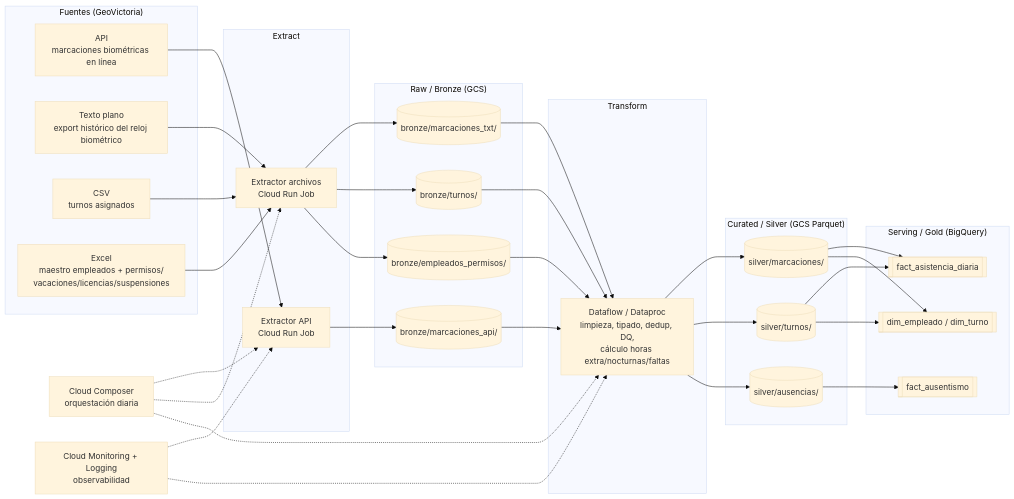
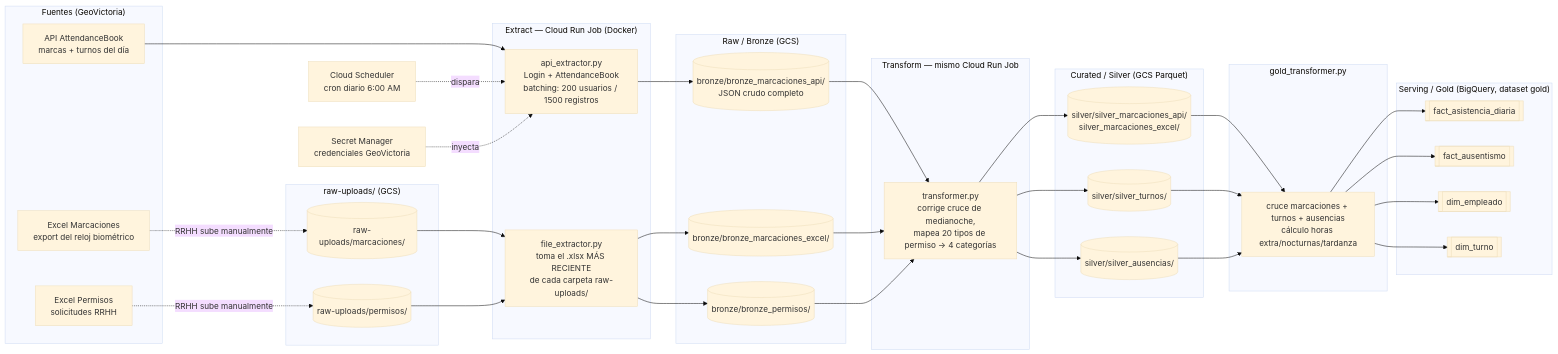
The diagram in architecture/architecture.md (lucerovalladaresechenique/Data-Engineering-Proyecto-Final), drawn with Mermaid (base theme) before and after one commit. The commit also changed other lines of this file and 1 other file, not shown here.

````diff
--- a/architecture/architecture.md
+++ b/architecture/architecture.md
@@ -11,63 +25,68 @@
 ```mermaid
 flowchart LR
     subgraph Sources["Fuentes (GeoVictoria)"]
-        A1[API<br/>marcaciones biométricas en línea]
-        A2[Texto plano<br/>export histórico del reloj biométrico]
-        A3[CSV<br/>turnos asignados]
-        A4[Excel<br/>maestro empleados + permisos/<br/>vacaciones/licencias/suspensiones]
+        A1[API AttendanceBook<br/>marcas + turnos del día]
+        A2[Excel Marcaciones<br/>export del reloj biométrico]
+        A3[Excel Permisos<br/>solicitudes RRHH]
     end
 
-    subgraph Extract["Extract"]
-        B1[Extractor API<br/>Cloud Run Job]
-        B2[Extractor archivos<br/>Cloud Run Job]
+    subgraph RawUploads["raw-uploads/ (GCS)"]
+        U1[(raw-uploads/marcaciones/)]
+        U2[(raw-uploads/permisos/)]
+    end
+
+    subgraph Extract["Extract — Cloud Run Job (Docker)"]
+        B1[api_extractor.py<br/>Login + AttendanceBook<br/>batching: 200 usuarios / 1500 registros]
+        B2[file_extractor.py<br/>toma el .xlsx MÁS RECIENTE<br/>de cada carpeta raw-uploads/]
     end
 
     subgraph Bronze["Raw / Bronze (GCS)"]
-        C1[(bronze/marcaciones_api/)]
-        C2[(bronze/marcaciones_txt/)]
-        C3[(bronze/turnos/)]
-        C4[(bronze/empleados_permisos/)]
+        C1[(bronze/bronze_marcaciones_api/<br/>JSON crudo completo)]
+        C2[(bronze/bronze_marcaciones_excel/)]
+        C3[(bronze/bronze_permisos/)]
     end
 
-    subgraph Transform["Transform"]
-        D1[Dataflow / Dataproc<br/>limpieza, tipado, dedup, DQ,<br/>cálculo horas extra/nocturnas/faltas]
+    subgraph Transform["Transform — mismo Cloud Run Job"]
+        D1[transformer.py<br/>corrige cruce de medianoche,<br/>mapea 20 tipos de permiso → 4 categorías]
     end
 
     subgraph Silver["Curated / Silver (GCS Parquet)"]
-        E1[(silver/marcaciones/)]
-        E2[(silver/turnos/)]
-        E3[(silver/ausencias/)]
+        E1[(silver/silver_marcaciones_api/<br/>silver_marcaciones_excel/)]
+        E2[(silver/silver_turnos/)]
+        E3[(silver/silver_ausencias/)]
     end
 
-    subgraph Gold["Serving / Gold (BigQuery)"]
+    subgraph GoldT["gold_transformer.py"]
+        G0[cruce marcaciones + turnos + ausencias<br/>cálculo horas extra/nocturnas/tardanza]
+    end
+
+    subgraph Gold["Serving / Gold (BigQuery, dataset gold)"]
         F1[[fact_asistencia_diaria]]
         F2[[fact_ausentismo]]
-        F3[[dim_empleado / dim_turno]]
+        F3[[dim_empleado]]
+        F4[[dim_turno]]
     end
 
     A1 --> B1 --> C1
-    A2 --> B2 --> C2
-    A3 --> B2 --> C3
-    A4 --> B2 --> C4
+    A2 -.RRHH sube manualmente.-> U1 --> B2 --> C2
+    A3 -.RRHH sube manualmente.-> U2 --> B2 --> C3
 
     C1 --> D1
     C2 --> D1
     C3 --> D1
-    C4 --> D1
 
     D1 --> E1
     D1 --> E2
     D1 --> E3
 
-    E1 --> F1
-    E2 --> F1
-    E3 --> F2
-    E1 --> F3
-    E2 --> F3
+    E1 --> G0
+    E2 --> G0
+    E3 --> G0
+    G0 --> F1
+    G0 --> F2
+    G0 --> F3
+    G0 --> F4
 
-    G[Cloud Composer<br/>orquestación diaria] -.-> B1
-    G -.-> B2
-    G -.-> D1
-    H[Cloud Monitoring + Logging<br/>observabilidad] -.-> B1
-    H -.-> D1
+    SCH[Cloud Scheduler<br/>cron diario 6:00 AM] -.dispara.-> B1
+    SEC[Secret Manager<br/>credenciales GeoVictoria] -.inyecta.-> B1
 ```
````
